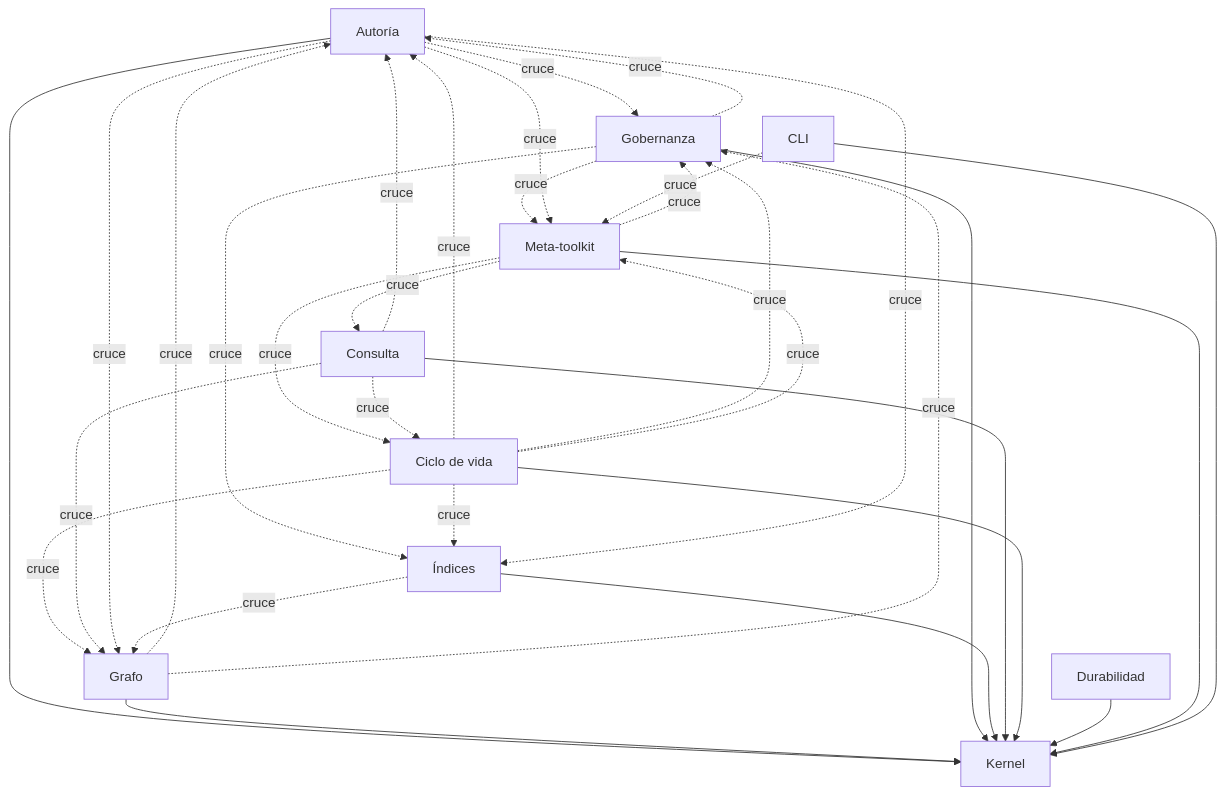
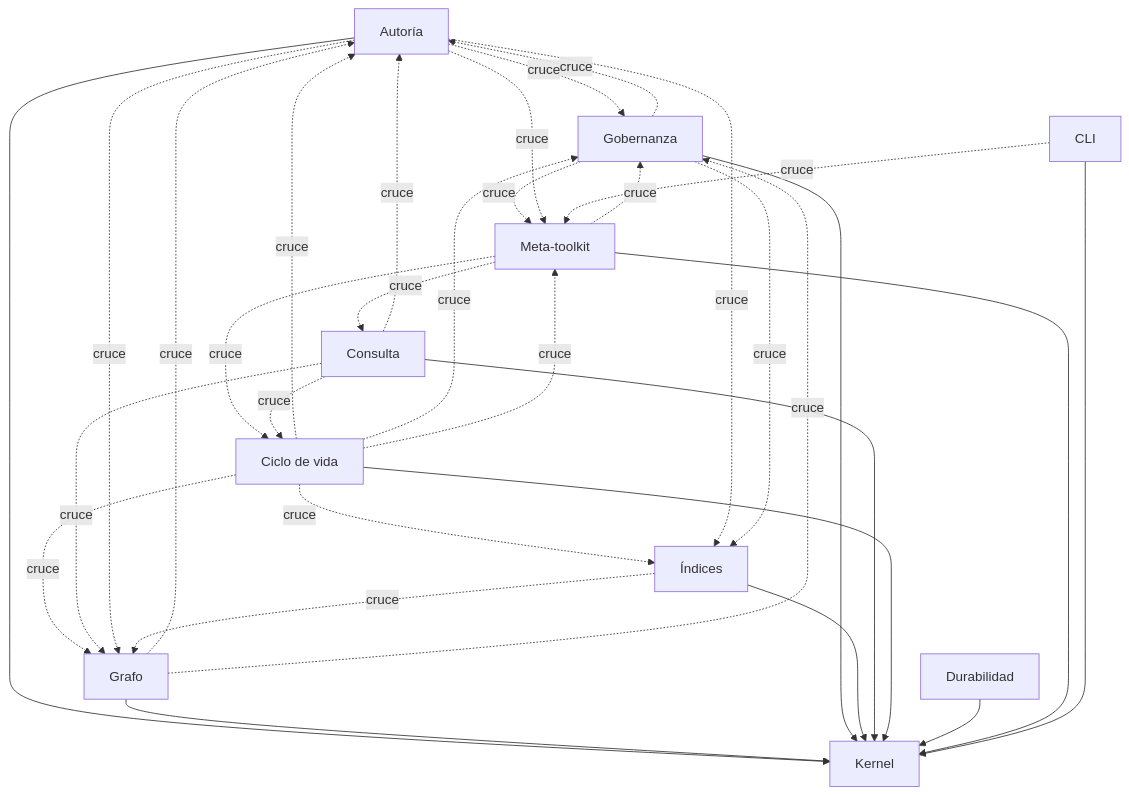
One commit to devcicm/Vault-Obsidian-Architecture changed the diagram in docs/ARQUITECTURA.md. Above: the diagram before and after it, drawn with Mermaid. The commit also changed other lines of this file and 13 other files, not shown here.

````diff
--- a/docs/ARQUITECTURA.md
+++ b/docs/ARQUITECTURA.md
@@ -17,44 +17,44 @@
 ```mermaid
 graph TD
     kernel["Kernel"]
     autoria["Autoría"]
     grafo["Grafo"]
     gobernanza["Gobernanza"]
     indices["Índices"]
     consulta["Consulta"]
     ciclo_de_vida["Ciclo de vida"]
     durabilidad["Durabilidad"]
     meta_toolkit["Meta-toolkit"]
     cli["CLI"]
     autoria --> kernel
     grafo --> kernel
     gobernanza --> kernel
     indices --> kernel
     consulta --> kernel
     ciclo_de_vida --> kernel
     durabilidad --> kernel
     meta_toolkit --> kernel
     cli --> kernel
     meta_toolkit -.->|cruce| gobernanza
     autoria -.->|cruce| gobernanza
     grafo -.->|cruce| autoria
     consulta -.->|cruce| autoria
     meta_toolkit -.->|cruce| consulta
     gobernanza -.->|cruce| meta_toolkit
-    gobernanza -.->|cruce| indices
     gobernanza -.->|cruce| autoria
     ciclo_de_vida -.->|cruce| indices
     ciclo_de_vida -.->|cruce| autoria
     ciclo_de_vida -.->|cruce| grafo
     ciclo_de_vida -.->|cruce| gobernanza
     meta_toolkit -.->|cruce| ciclo_de_vida
     ciclo_de_vida -.->|cruce| meta_toolkit
     consulta -.->|cruce| grafo
     autoria -.->|cruce| meta_toolkit
     autoria -.->|cruce| indices
     cli -.->|cruce| meta_toolkit
     autoria -.->|cruce| grafo
     consulta -.->|cruce| ciclo_de_vida
+    gobernanza -.->|cruce| indices
     grafo -.->|cruce| gobernanza
     indices -.->|cruce| grafo
 ```
````
